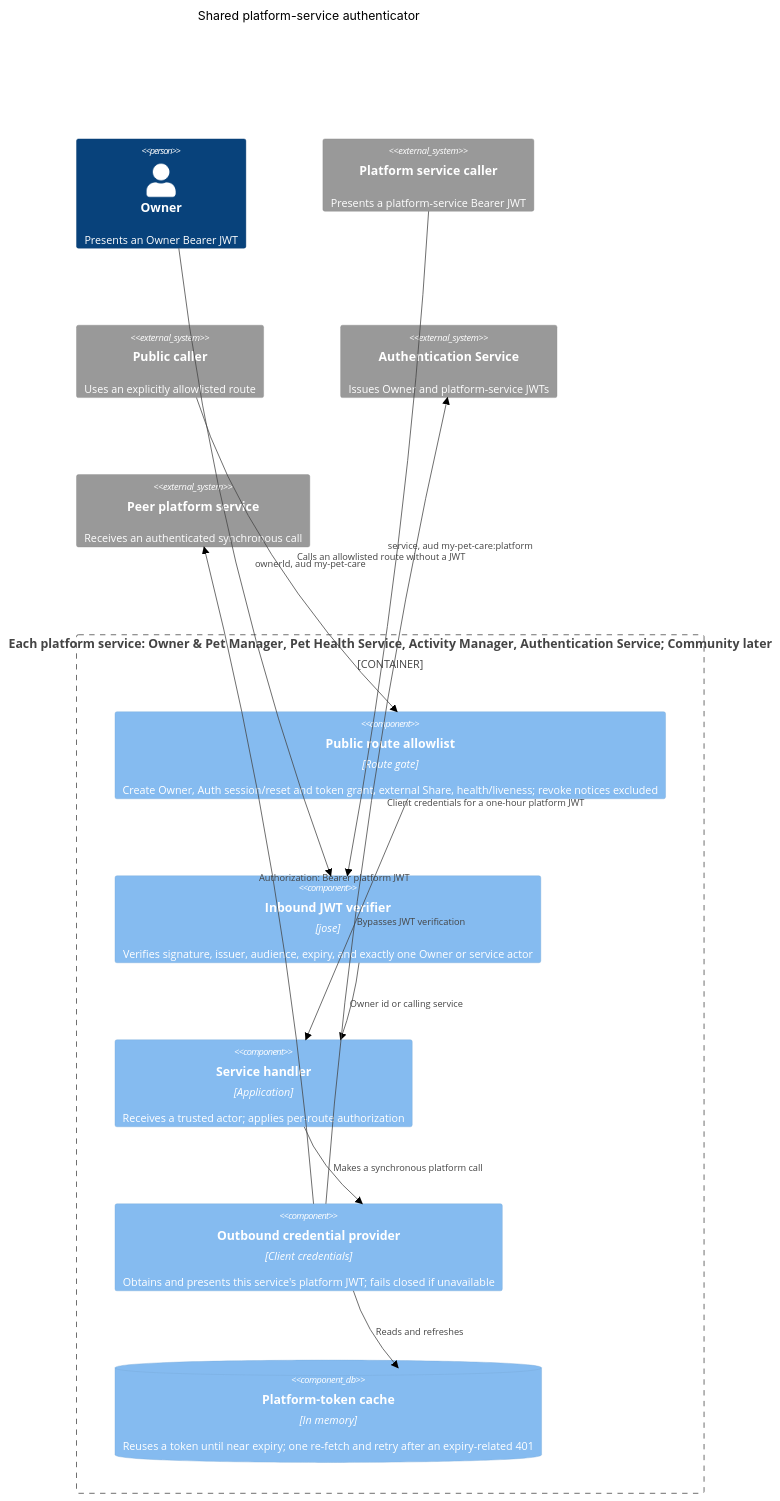
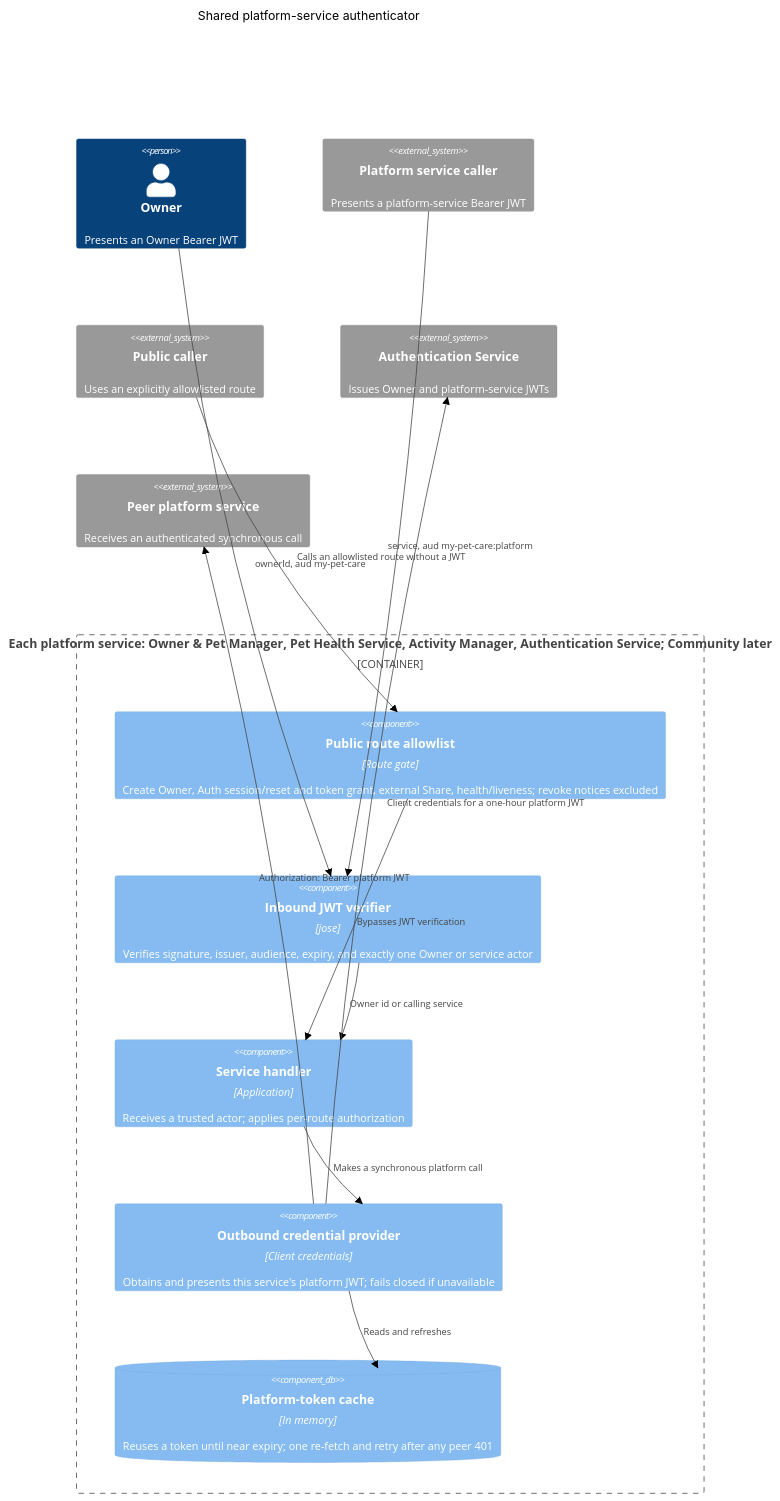
One commit to santidrj/my-pet-care-v2 changed the diagram in docs/architecture/platform-service-authenticator.mmd. Above: the diagram before and after it, drawn with Mermaid (neutral theme). The commit also changed 16 other files, not shown here.

```diff
--- a/docs/architecture/platform-service-authenticator.mmd
+++ b/docs/architecture/platform-service-authenticator.mmd
@@ -1,29 +1,29 @@
 C4Component
     title Shared platform-service authenticator
 
     Person(owner, "Owner", "Presents an Owner Bearer JWT")
     System_Ext(platformCaller, "Platform service caller", "Presents a platform-service Bearer JWT")
     System_Ext(publicCaller, "Public caller", "Uses an explicitly allowlisted route")
     System_Ext(auth, "Authentication Service", "Issues Owner and platform-service JWTs")
     System_Ext(peer, "Peer platform service", "Receives an authenticated synchronous call")
 
     Container_Boundary(service, "Each platform service: Owner & Pet Manager, Pet Health Service, Activity Manager, Authentication Service; Community later") {
         Component(publicRoutes, "Public route allowlist", "Route gate", "Create Owner, Auth session/reset and token grant, external Share, health/liveness; revoke notices excluded")
         Component(verifier, "Inbound JWT verifier", "jose", "Verifies signature, issuer, audience, expiry, and exactly one Owner or service actor")
         Component(handler, "Service handler", "Application", "Receives a trusted actor; applies per-route authorization")
         Component(outbound, "Outbound credential provider", "Client credentials", "Obtains and presents this service's platform JWT; fails closed if unavailable")
-        ComponentDb(cache, "Platform-token cache", "In memory", "Reuses a token until near expiry; one re-fetch and retry after an expiry-related 401")
+        ComponentDb(cache, "Platform-token cache", "In memory", "Reuses a token until near expiry; one re-fetch and retry after any peer 401")
 
         Rel(publicRoutes, handler, "Bypasses JWT verification")
         Rel(verifier, handler, "Owner id or calling service")
         Rel(handler, outbound, "Makes a synchronous platform call")
         Rel(outbound, cache, "Reads and refreshes")
     }
 
     Rel(publicCaller, publicRoutes, "Calls an allowlisted route without a JWT")
     Rel(owner, verifier, "ownerId, aud my-pet-care")
     Rel(platformCaller, verifier, "service, aud my-pet-care:platform")
     Rel(outbound, auth, "Client credentials for a one-hour platform JWT")
     Rel(outbound, peer, "Authorization: Bearer platform JWT")
 
     UpdateLayoutConfig($c4ShapeInRow="3", $c4BoundaryInRow="1")
```
